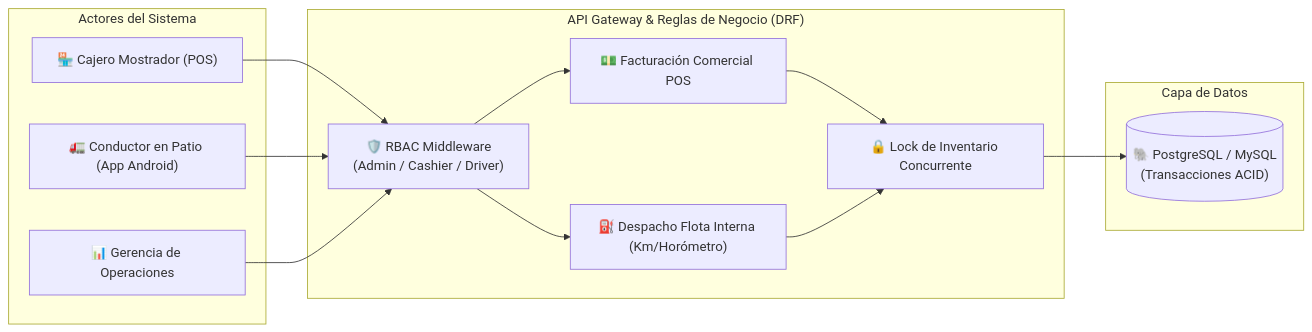
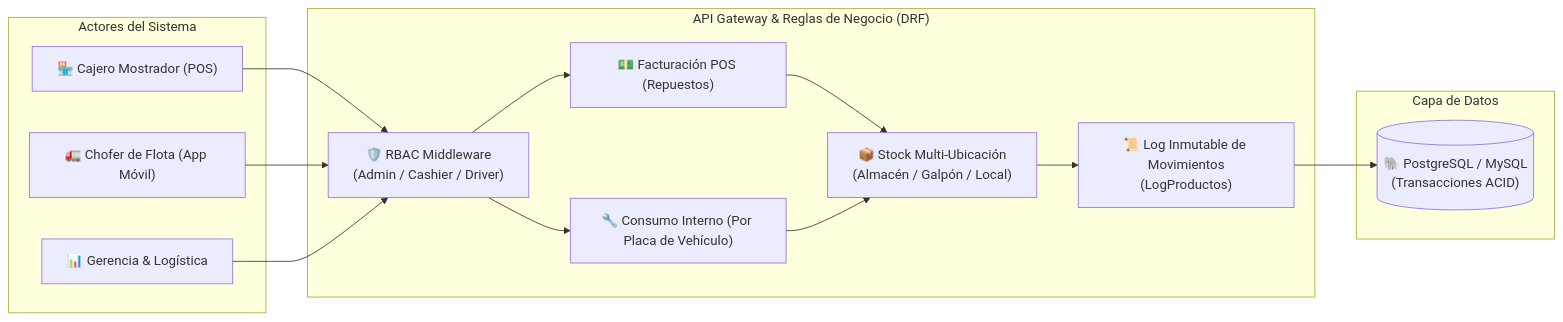
One commit to Jyndev/Jyndev changed the second of 2 diagrams in README.md. Above: the diagram before and after it, drawn with Mermaid. The commit also changed other lines of this file, not shown here.

````diff
--- a/README.md
+++ b/README.md
@@ -124,28 +127,30 @@
 ```mermaid
 graph LR
     subgraph Actores["Actores del Sistema"]
         Cajero["🏪 Cajero Mostrador (POS)"]
-        Conductor["🚛 Conductor en Patio (App Android)"]
-        Admin["📊 Gerencia de Operaciones"]
+        Conductor["🚛 Chofer de Flota (App Móvil)"]
+        Admin["📊 Gerencia & Logística"]
     end
 
     subgraph API["API Gateway & Reglas de Negocio (DRF)"]
         RBAC["🛡️ RBAC Middleware\n(Admin / Cashier / Driver)"]
-        SalesEngine["💵 Facturación Comercial POS"]
-        FleetEngine["⛽ Despacho Flota Interna (Km/Horómetro)"]
-        InventoryLock["🔒 Lock de Inventario Concurrente"]
+        SalesEngine["💵 Facturación POS (Repuestos)"]
+        FleetEngine["🔧 Consumo Interno (Por Placa de Vehículo)"]
+        StockManager["📦 Stock Multi-Ubicación\n(Almacén / Galpón / Local)"]
+        AuditLog["📜 Log Inmutable de Movimientos\n(LogProductos)"]
     end
 
     subgraph DataStore["Capa de Datos"]
         DB[("🐘 PostgreSQL / MySQL\n(Transacciones ACID)")]
     end
 
     Cajero --> RBAC
     Conductor --> RBAC
     Admin --> RBAC
     RBAC --> SalesEngine
     RBAC --> FleetEngine
-    SalesEngine --> InventoryLock
-    FleetEngine --> InventoryLock
-    InventoryLock --> DB
+    SalesEngine --> StockManager
+    FleetEngine --> StockManager
+    StockManager --> AuditLog
+    AuditLog --> DB
 ```
````
